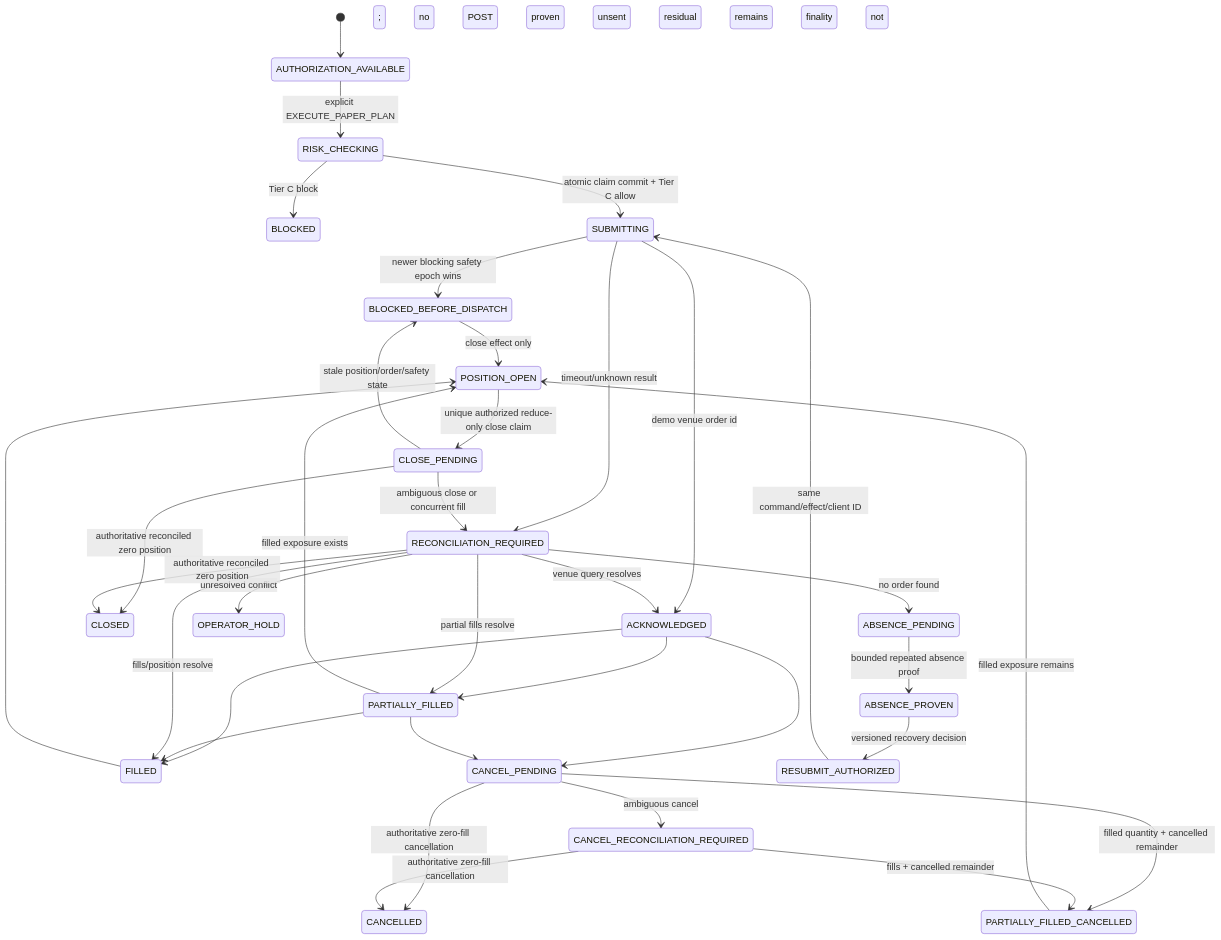
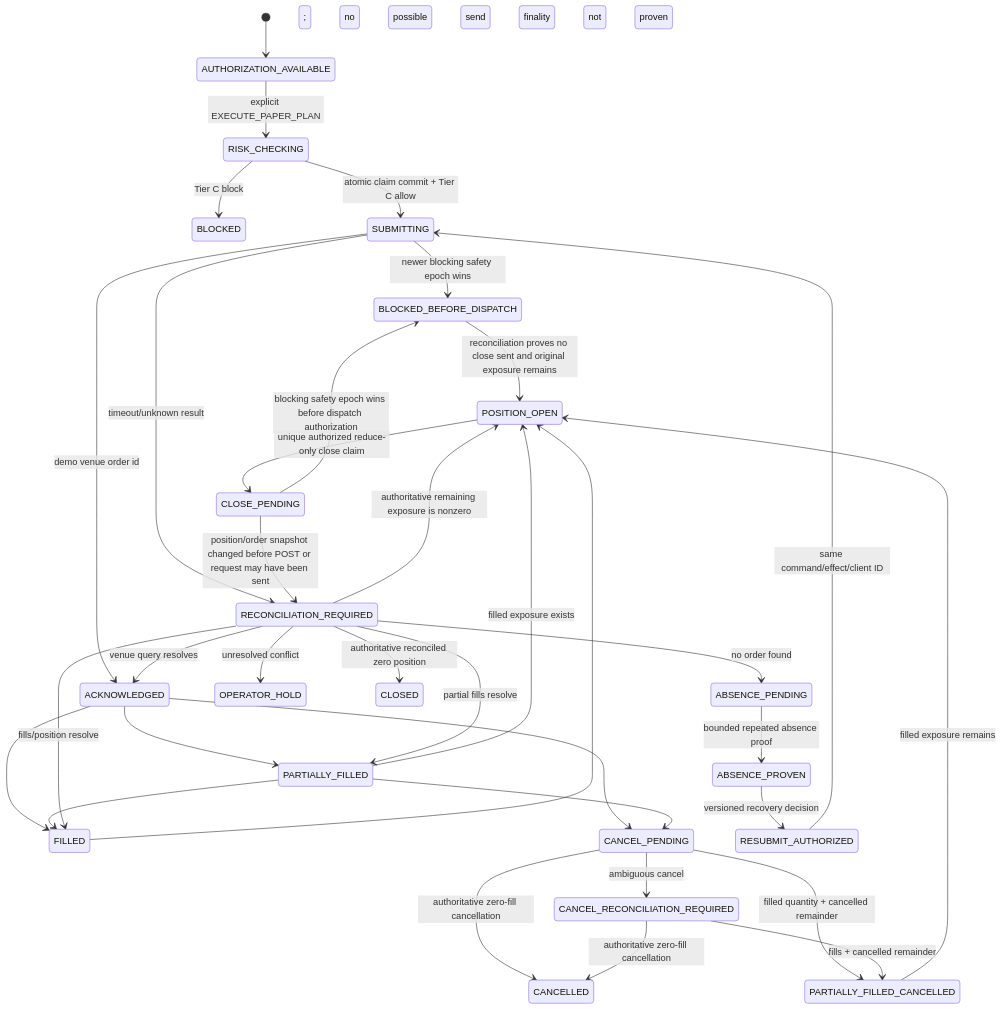
The fifth of 6 diagrams in docs/redesign/agentic_redesign_target_architecture.md (Fejjii/AlphaTrade-AI), drawn with Mermaid before and after one commit. The commit also changed other lines of this file and 1 other file, not shown here.

Commit message:
docs: close final Phase 1 architecture findings

````diff
--- a/docs/redesign/agentic_redesign_target_architecture.md
+++ b/docs/redesign/agentic_redesign_target_architecture.md
@@ -1069,37 +1074,37 @@
 ```mermaid
 stateDiagram-v2
     [*] --> AUTHORIZATION_AVAILABLE
     AUTHORIZATION_AVAILABLE --> RISK_CHECKING: explicit EXECUTE_PAPER_PLAN
     RISK_CHECKING --> BLOCKED: Tier C block
     RISK_CHECKING --> SUBMITTING: atomic claim commit + Tier C allow
     SUBMITTING --> BLOCKED_BEFORE_DISPATCH: newer blocking safety epoch wins
     SUBMITTING --> ACKNOWLEDGED: demo venue order id
     SUBMITTING --> RECONCILIATION_REQUIRED: timeout/unknown result
     ACKNOWLEDGED --> PARTIALLY_FILLED
     ACKNOWLEDGED --> FILLED
     PARTIALLY_FILLED --> FILLED
     ACKNOWLEDGED --> CANCEL_PENDING
     PARTIALLY_FILLED --> CANCEL_PENDING
     CANCEL_PENDING --> CANCEL_RECONCILIATION_REQUIRED: ambiguous cancel
     CANCEL_PENDING --> CANCELLED: authoritative zero-fill cancellation
     CANCEL_PENDING --> PARTIALLY_FILLED_CANCELLED: filled quantity + cancelled remainder
     CANCEL_RECONCILIATION_REQUIRED --> CANCELLED: authoritative zero-fill cancellation
     CANCEL_RECONCILIATION_REQUIRED --> PARTIALLY_FILLED_CANCELLED: fills + cancelled remainder
     PARTIALLY_FILLED --> POSITION_OPEN: filled exposure exists
     PARTIALLY_FILLED_CANCELLED --> POSITION_OPEN: filled exposure remains
     FILLED --> POSITION_OPEN
     POSITION_OPEN --> CLOSE_PENDING: unique authorized reduce-only close claim
-    CLOSE_PENDING --> BLOCKED_BEFORE_DISPATCH: stale position/order/safety state; no POST
-    BLOCKED_BEFORE_DISPATCH --> POSITION_OPEN: close effect only; proven unsent residual remains
-    CLOSE_PENDING --> RECONCILIATION_REQUIRED: ambiguous close or concurrent fill
-    CLOSE_PENDING --> CLOSED: authoritative reconciled zero position
+    CLOSE_PENDING --> BLOCKED_BEFORE_DISPATCH: blocking safety epoch wins before dispatch authorization; no possible send
+    BLOCKED_BEFORE_DISPATCH --> POSITION_OPEN: reconciliation proves no close sent and original exposure remains
+    CLOSE_PENDING --> RECONCILIATION_REQUIRED: position/order snapshot changed before POST or request may have been sent
     RECONCILIATION_REQUIRED --> ACKNOWLEDGED: venue query resolves
     RECONCILIATION_REQUIRED --> PARTIALLY_FILLED: partial fills resolve
     RECONCILIATION_REQUIRED --> FILLED: fills/position resolve
     RECONCILIATION_REQUIRED --> ABSENCE_PENDING: no order found; finality not proven
     ABSENCE_PENDING --> ABSENCE_PROVEN: bounded repeated absence proof
     ABSENCE_PROVEN --> RESUBMIT_AUTHORIZED: versioned recovery decision
     RESUBMIT_AUTHORIZED --> SUBMITTING: same command/effect/client ID
+    RECONCILIATION_REQUIRED --> POSITION_OPEN: authoritative remaining exposure is nonzero
     RECONCILIATION_REQUIRED --> OPERATOR_HOLD: unresolved conflict
     RECONCILIATION_REQUIRED --> CLOSED: authoritative reconciled zero position
 ```
````
